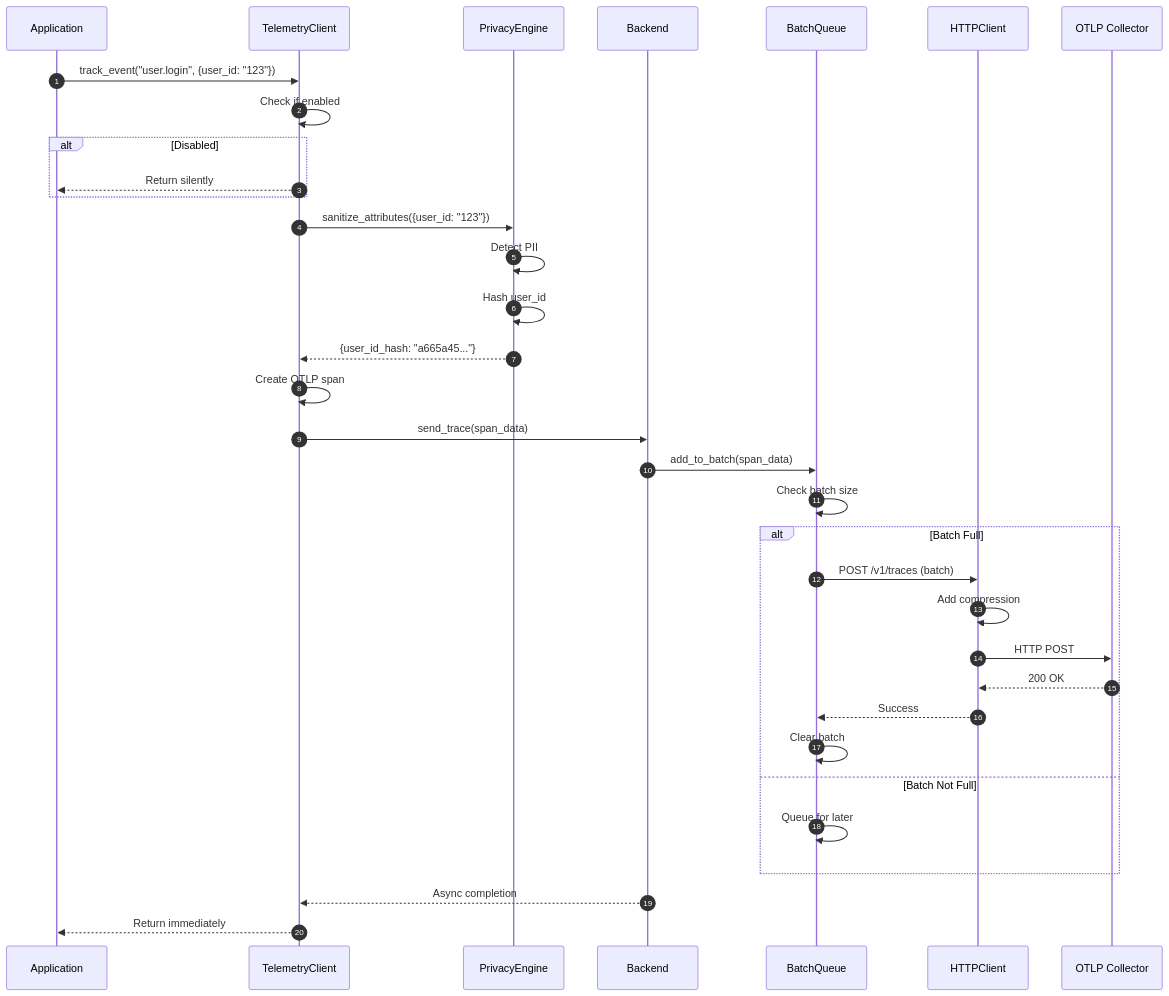
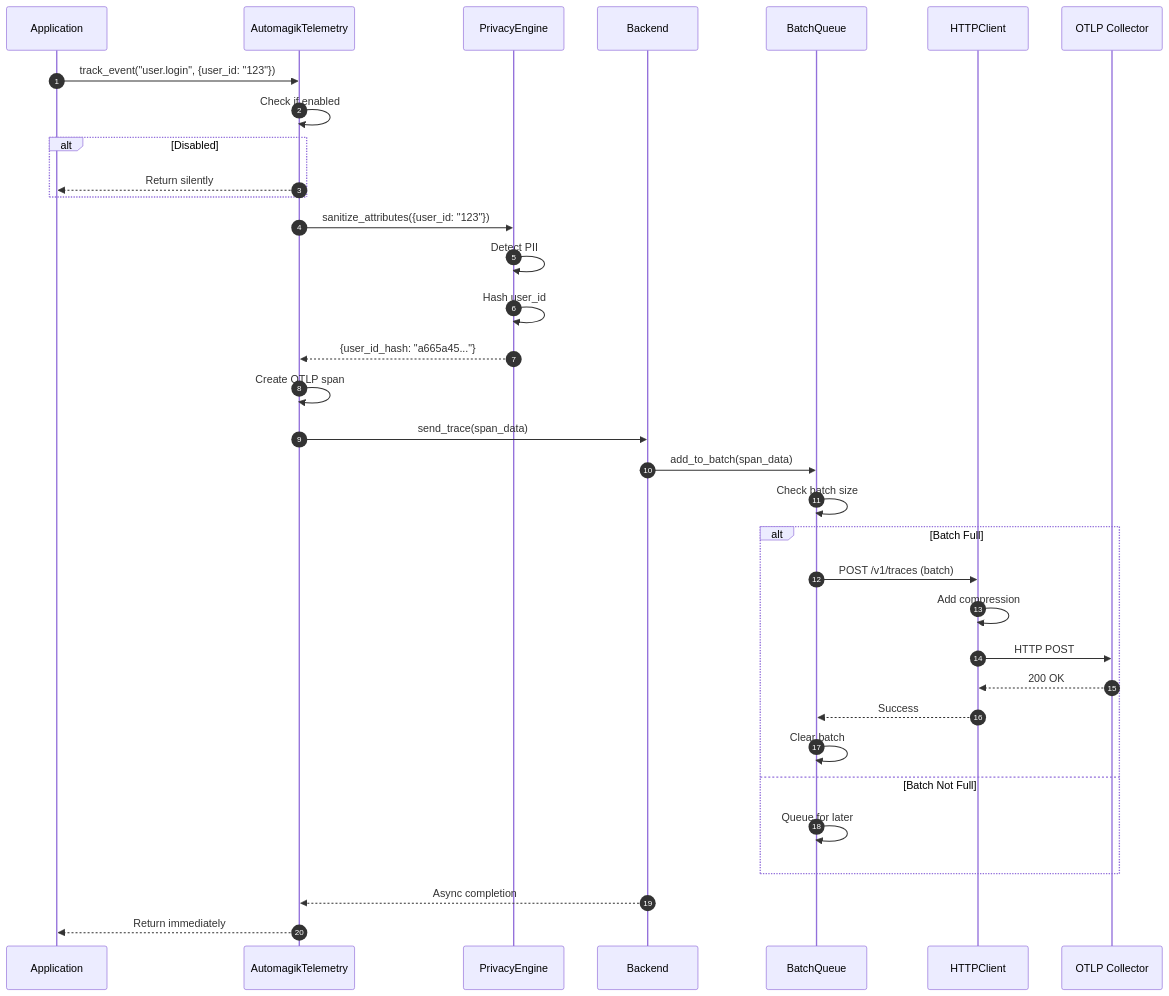
One commit to namastexlabs/automagik-telemetry changed the tenth of 21 diagrams in docs/DEVELOPER_GUIDES/ARCHITECTURE.md. Above: the diagram before and after it, drawn with Mermaid. The commit also changed other lines of this file and 10 other files, not shown here.

````diff
--- a/docs/DEVELOPER_GUIDES/ARCHITECTURE.md
+++ b/docs/DEVELOPER_GUIDES/ARCHITECTURE.md
@@ -366,43 +366,43 @@
 ```mermaid
 sequenceDiagram
     autonumber
     participant App as Application
-    participant SDK as TelemetryClient
+    participant SDK as AutomagikTelemetry
     participant Privacy as PrivacyEngine
     participant Backend as Backend
     participant Queue as BatchQueue
     participant HTTP as HTTPClient
     participant Collector as OTLP Collector
 
     App->>SDK: track_event("user.login", {user_id: "123"})
 
     SDK->>SDK: Check if enabled
     alt Disabled
         SDK-->>App: Return silently
     end
 
     SDK->>Privacy: sanitize_attributes({user_id: "123"})
     Privacy->>Privacy: Detect PII
     Privacy->>Privacy: Hash user_id
     Privacy-->>SDK: {user_id_hash: "a665a45..."}
 
     SDK->>SDK: Create OTLP span
     SDK->>Backend: send_trace(span_data)
 
     Backend->>Queue: add_to_batch(span_data)
     Queue->>Queue: Check batch size
 
     alt Batch Full
         Queue->>HTTP: POST /v1/traces (batch)
         HTTP->>HTTP: Add compression
         HTTP->>Collector: HTTP POST
         Collector-->>HTTP: 200 OK
         HTTP-->>Queue: Success
         Queue->>Queue: Clear batch
     else Batch Not Full
         Queue->>Queue: Queue for later
     end
 
     Backend-->>SDK: Async completion
     SDK-->>App: Return immediately
 ```
````
